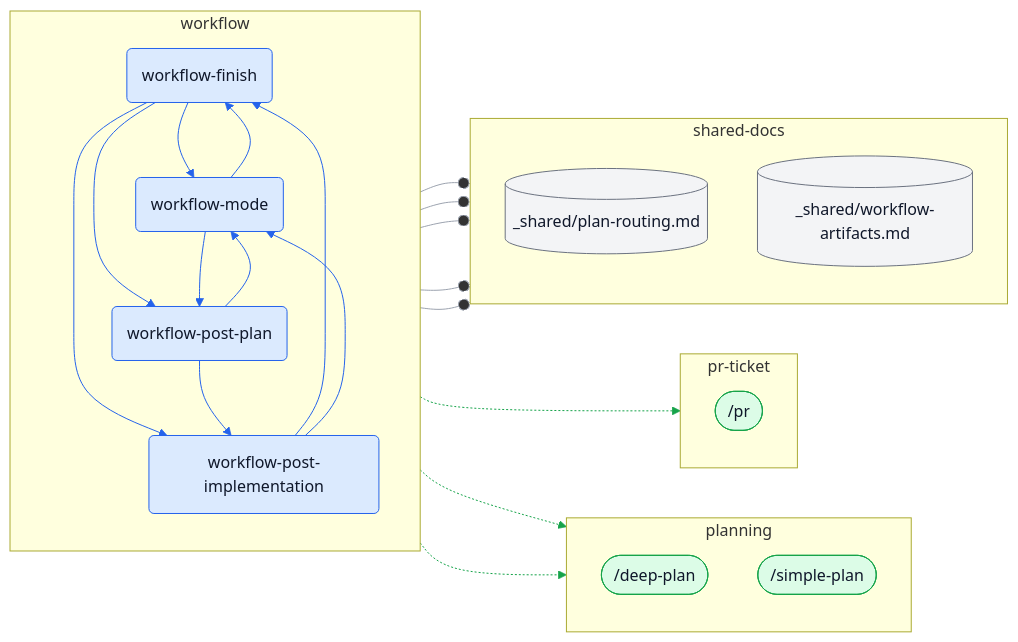
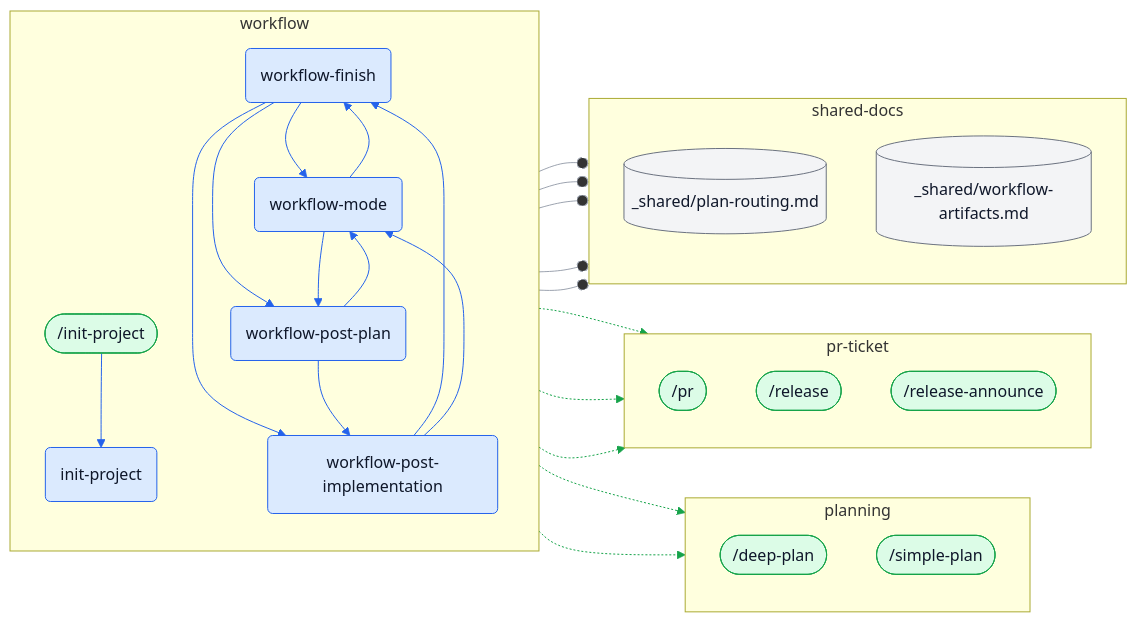
One commit to ybarsotti/dotfiles changed the tenth of 10 diagrams in docs/skills-map.md. Above: the diagram before and after it, drawn with Mermaid. The commit also changed other lines of this file and 5 other files, not shown here.

Commit message:
feat(commands): add /init-project to create, extend and audit AI-ready monorepos

````diff
--- a/docs/skills-map.md
+++ b/docs/skills-map.md
@@ -757,64 +757,74 @@
 ```mermaid
 flowchart LR
   subgraph cl_planning["planning"]
     direction TB
     c_deep_plan(["/deep-plan"]):::command
     c_simple_plan(["/simple-plan"]):::command
   end
   subgraph cl_pr_ticket["pr-ticket"]
     direction TB
     c_pr(["/pr"]):::command
+    c_release(["/release"]):::command
+    c_release_announce(["/release-announce"]):::command
   end
   subgraph cl_shared_docs["shared-docs"]
     direction TB
     d_plan_routing[("_shared/plan-routing.md")]:::shared
     d_workflow_artifacts[("_shared/workflow-artifacts.md")]:::shared
   end
   subgraph cl_workflow["workflow"]
     direction TB
+    c_init_project(["/init-project"]):::command
+    s_init_project("init-project"):::skill
     s_workflow_finish("workflow-finish"):::skill
     s_workflow_mode("workflow-mode"):::skill
     s_workflow_post_implementation("workflow-post-implementation"):::skill
     s_workflow_post_plan("workflow-post-plan"):::skill
   end
+  c_init_project --> s_init_project
+  s_init_project -.-> c_release
+  s_init_project -.-> c_release_announce
   s_workflow_finish -.-> c_pr
   s_workflow_finish --o d_workflow_artifacts
   s_workflow_finish --> s_workflow_mode
   s_workflow_finish --> s_workflow_post_implementation
   s_workflow_finish --> s_workflow_post_plan
   s_workflow_mode -.-> c_deep_plan
   s_workflow_mode -.-> c_simple_plan
   s_workflow_mode --o d_plan_routing
   s_workflow_mode --o d_workflow_artifacts
   s_workflow_mode --> s_workflow_finish
   s_workflow_mode --> s_workflow_post_plan
   s_workflow_post_implementation --o d_workflow_artifacts
   s_workflow_post_implementation --> s_workflow_finish
   s_workflow_post_implementation --> s_workflow_mode
   s_workflow_post_plan --o d_workflow_artifacts
   s_workflow_post_plan --> s_workflow_mode
   s_workflow_post_plan --> s_workflow_post_implementation
-  linkStyle 0 stroke:#16a34a
-  linkStyle 1 stroke:#9ca3af
-  linkStyle 2 stroke:#2563eb
-  linkStyle 3 stroke:#2563eb
-  linkStyle 4 stroke:#2563eb
-  linkStyle 5 stroke:#16a34a
-  linkStyle 6 stroke:#16a34a
-  linkStyle 7 stroke:#9ca3af
-  linkStyle 8 stroke:#9ca3af
-  linkStyle 9 stroke:#2563eb
-  linkStyle 10 stroke:#2563eb
+  linkStyle 0 stroke:#2563eb
+  linkStyle 1 stroke:#16a34a
+  linkStyle 2 stroke:#16a34a
+  linkStyle 3 stroke:#16a34a
+  linkStyle 4 stroke:#9ca3af
+  linkStyle 5 stroke:#2563eb
+  linkStyle 6 stroke:#2563eb
+  linkStyle 7 stroke:#2563eb
+  linkStyle 8 stroke:#16a34a
+  linkStyle 9 stroke:#16a34a
+  linkStyle 10 stroke:#9ca3af
   linkStyle 11 stroke:#9ca3af
   linkStyle 12 stroke:#2563eb
   linkStyle 13 stroke:#2563eb
   linkStyle 14 stroke:#9ca3af
   linkStyle 15 stroke:#2563eb
   linkStyle 16 stroke:#2563eb
+  linkStyle 17 stroke:#9ca3af
+  linkStyle 18 stroke:#2563eb
+  linkStyle 19 stroke:#2563eb
   classDef skill fill:#dbeafe,stroke:#2563eb,color:#0f172a
   classDef command fill:#dcfce7,stroke:#16a34a,color:#0f172a
   classDef agent fill:#fce7f3,stroke:#db2777,color:#0f172a
   classDef shared fill:#f3f4f6,stroke:#6b7280,color:#0f172a
   classDef external fill:#fef9c3,stroke:#a16207,color:#0f172a,stroke-dasharray:4 3
   classDef step fill:#ffffff,stroke:#6b7280,color:#0f172a,stroke-dasharray:2 2
 ```
````
